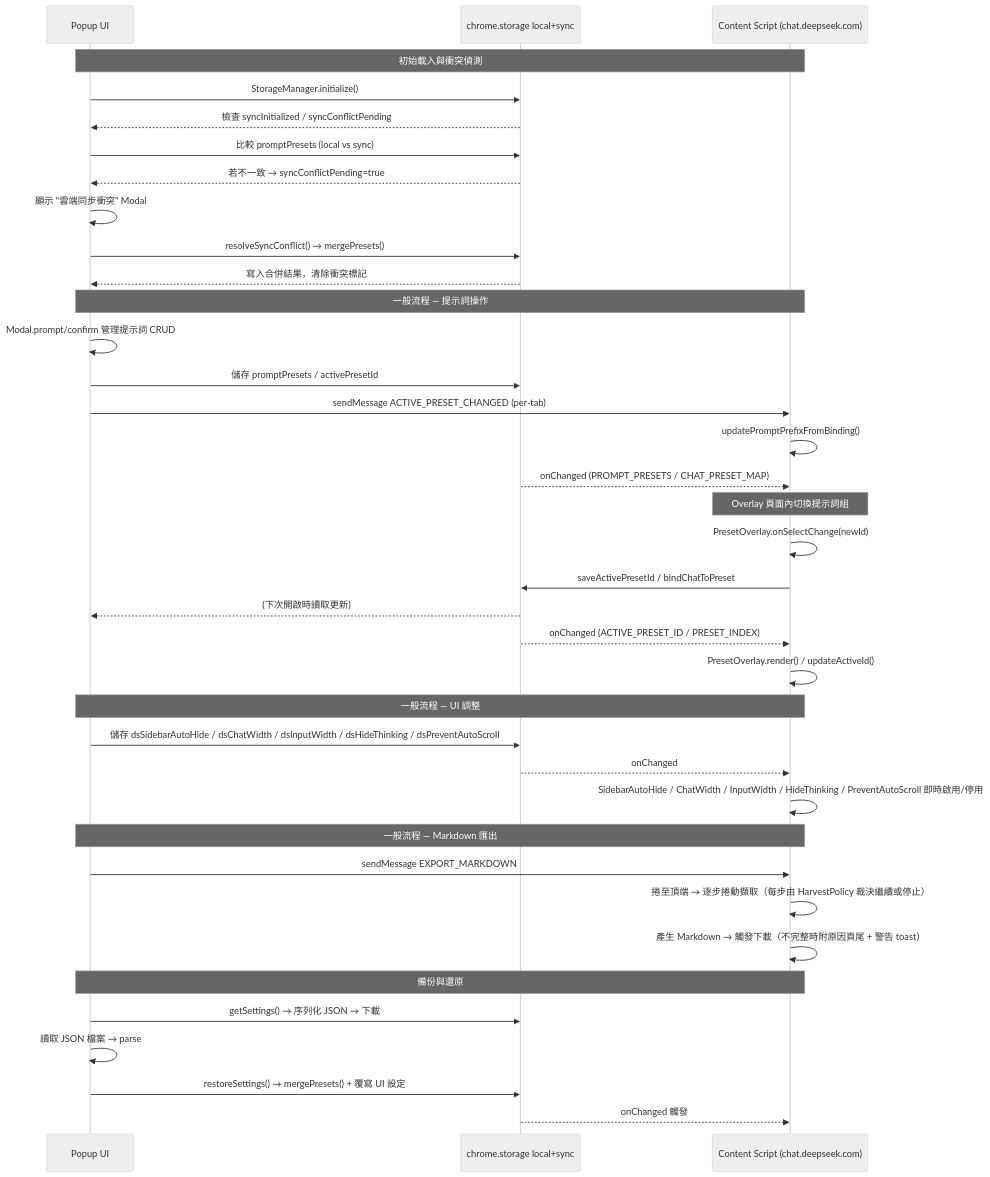
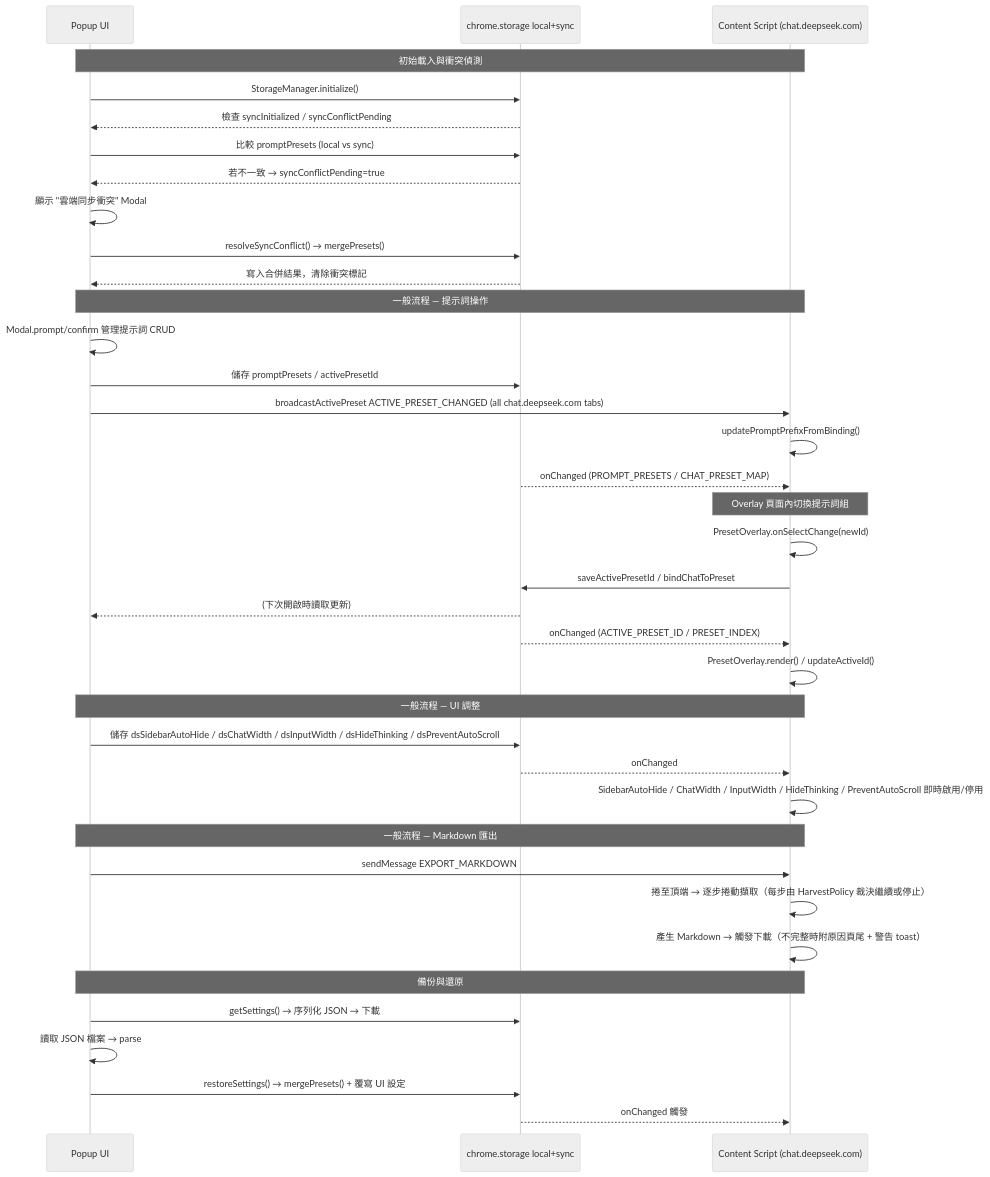
The diagram in docs/ARCHITECTURE.md (sov1n14/ds-studio), drawn with Mermaid (neutral theme) before and after one commit. The commit also changed 1 other file, not shown here.

Commit message:
# 修正文件中 ACTIVE_PRESET_CHANGED 的送達範圍描述
- **Updated:** 將提示詞組切換訊息的送達範圍由單一分頁更正為廣播至所有已開啟的 chat.deepseek.com 分頁，與 broadcastActivePreset() 的實作一致
  - docs/ARCHITECTURE.md
  - docs/spec/01-prompt-system.md

````diff
--- a/docs/ARCHITECTURE.md
+++ b/docs/ARCHITECTURE.md
@@ -179,45 +179,45 @@
 ```mermaid
 sequenceDiagram
     participant Popup as Popup UI
     participant Storage as chrome.storage local+sync
     participant Content as Content Script (chat.deepseek.com)
 
     Note over Popup,Content: 初始載入與衝突偵測
     Popup->>Storage: StorageManager.initialize()
     Storage-->>Popup: 檢查 syncInitialized / syncConflictPending
     Popup->>Storage: 比較 promptPresets (local vs sync)
     Storage-->>Popup: 若不一致 → syncConflictPending=true
     Popup->>Popup: 顯示 "雲端同步衝突" Modal
     Popup->>Storage: resolveSyncConflict() → mergePresets()
     Storage-->>Popup: 寫入合併結果，清除衝突標記
 
     Note over Popup,Content: 一般流程 — 提示詞操作
     Popup->>Popup: Modal.prompt/confirm 管理提示詞 CRUD
     Popup->>Storage: 儲存 promptPresets / activePresetId
-    Popup->>Content: sendMessage ACTIVE_PRESET_CHANGED (per-tab)
+    Popup->>Content: broadcastActivePreset ACTIVE_PRESET_CHANGED (all chat.deepseek.com tabs)
     Content->>Content: updatePromptPrefixFromBinding()
     Storage-->>Content: onChanged (PROMPT_PRESETS / CHAT_PRESET_MAP)
 
     Note over Content: Overlay 頁面內切換提示詞組
     Content->>Content: PresetOverlay.onSelectChange(newId)
     Content->>Storage: saveActivePresetId / bindChatToPreset
     Storage-->>Popup: (下次開啟時讀取更新)
     Storage-->>Content: onChanged (ACTIVE_PRESET_ID / PRESET_INDEX)
     Content->>Content: PresetOverlay.render() / updateActiveId()
 
     Note over Popup,Content: 一般流程 — UI 調整
     Popup->>Storage: 儲存 dsSidebarAutoHide / dsChatWidth / dsInputWidth / dsHideThinking / dsPreventAutoScroll
     Storage-->>Content: onChanged
     Content->>Content: SidebarAutoHide / ChatWidth / InputWidth / HideThinking / PreventAutoScroll 即時啟用/停用
 
     Note over Popup,Content: 一般流程 — Markdown 匯出
     Popup->>Content: sendMessage EXPORT_MARKDOWN
     Content->>Content: 捲至頂端 → 逐步捲動擷取（每步由 HarvestPolicy 裁決繼續或停止）
     Content->>Content: 產生 Markdown → 觸發下載（不完整時附原因頁尾 + 警告 toast）
 
     Note over Popup,Content: 備份與還原
     Popup->>Storage: getSettings() → 序列化 JSON → 下載
     Popup->>Popup: 讀取 JSON 檔案 → parse
     Popup->>Storage: restoreSettings() → mergePresets() + 覆寫 UI 設定
     Storage-->>Content: onChanged 觸發
 ```
````
